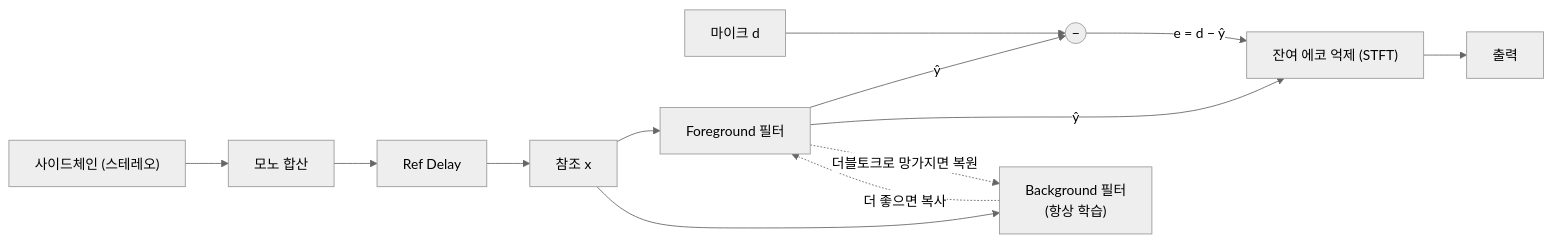
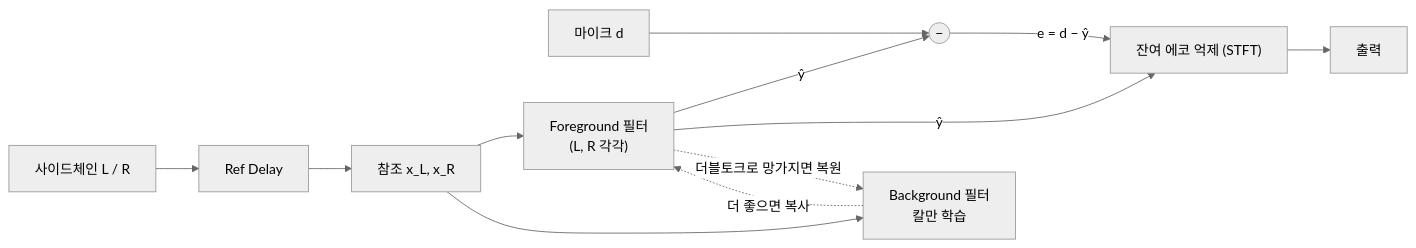
Before and after one commit to kimgeon1104/ableAEC: the diagram in docs/dsp-design.md, drawn with Mermaid (neutral theme). The commit also changed other lines of this file and 26 other files, not shown here.

````diff
--- a/docs/dsp-design.md
+++ b/docs/dsp-design.md
@@ -13,12 +13,12 @@
 ```mermaid
 flowchart LR
-    SC["사이드체인 (스테레오)"] --> MONO["모노 합산"] --> DLY["Ref Delay"] --> X["참조 x"]
+    SC["사이드체인 L / R"] --> DLY["Ref Delay"] --> X["참조 x_L, x_R"]
     MICIN["마이크 d"] --> SUB(("−"))
-    X --> FG["Foreground 필터"] -->|"ŷ"| SUB
-    X --> BG["Background 필터<br/>(항상 학습)"]
+    X --> FG["Foreground 필터<br/>(L, R 각각)"] -->|"ŷ"| SUB
+    X --> BG["Background 필터<br/>칼만 학습"]
     SUB -->|"e = d − ŷ"| RES["잔여 에코 억제 (STFT)"]
     FG -->|"ŷ"| RES
     RES --> OUT["출력"]
     BG -. "더 좋으면 복사" .-> FG
     FG -. "더블토크로 망가지면 복원" .-> BG
 ```
````
